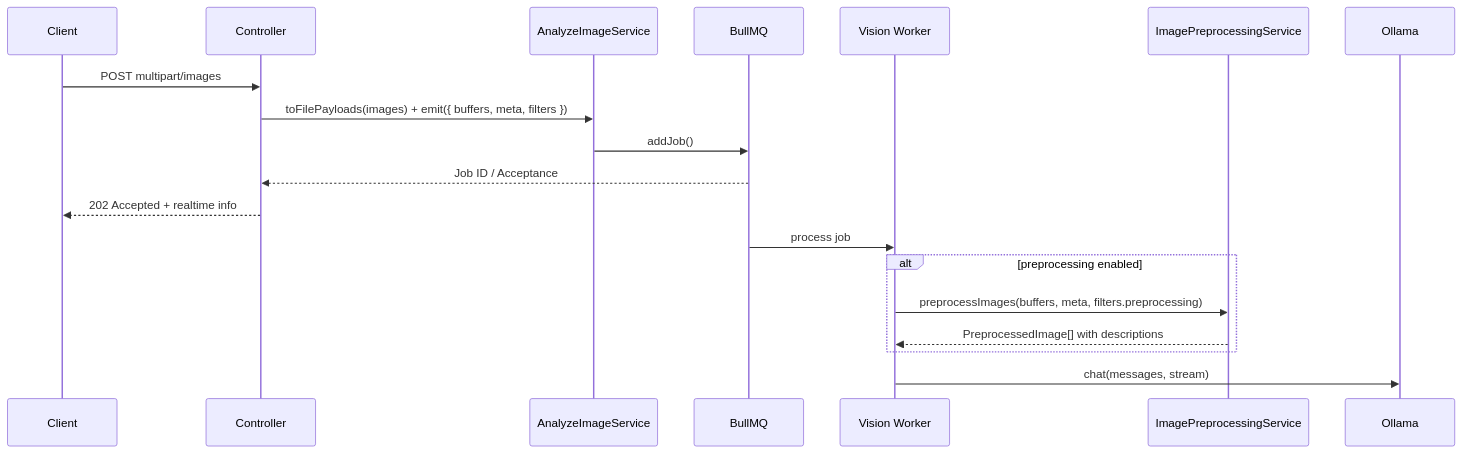
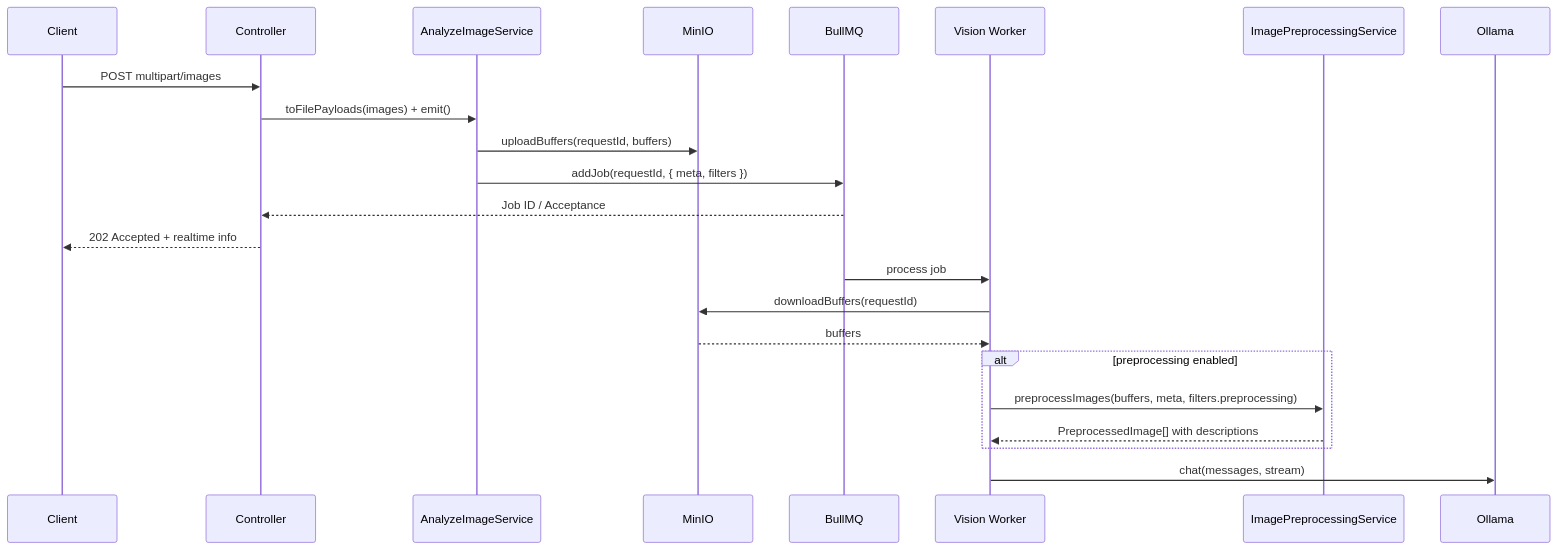
One commit to ehildt/ckir.io-visions changed the second of 2 diagrams in .wiki/1.5-image-preprocessing.md. Above: the diagram before and after it, drawn with Mermaid. The commit also changed other lines of this file and 103 other files, not shown here.

````diff
--- a/.wiki/1.5-image-preprocessing.md
+++ b/.wiki/1.5-image-preprocessing.md
@@ -187,23 +187,27 @@
 ```mermaid
 sequenceDiagram
     participant C as Client
     participant Ctrl as Controller
     participant Svc as AnalyzeImageService
+    participant MinIO as MinIO
     participant Queue as BullMQ
     participant W as Vision Worker
     participant Preproc as ImagePreprocessingService
     participant Ollama
 
     C->>Ctrl: POST multipart/images
-    Ctrl->>Svc: toFilePayloads(images) + emit({ buffers, meta, filters })
-    Svc->>Queue: addJob()
+    Ctrl->>Svc: toFilePayloads(images) + emit()
+    Svc->>MinIO: uploadBuffers(requestId, buffers)
+    Svc->>Queue: addJob(requestId, { meta, filters })
     Queue-->>Ctrl: Job ID / Acceptance
     Ctrl-->>C: 202 Accepted + realtime info
 
     Queue->>W: process job
+    W->>MinIO: downloadBuffers(requestId)
+    MinIO-->>W: buffers
     alt preprocessing enabled
         W->>Preproc: preprocessImages(buffers, meta, filters.preprocessing)
         Preproc-->>W: PreprocessedImage[] with descriptions
     end
     W->>Ollama: chat(messages, stream)
 ```
````
